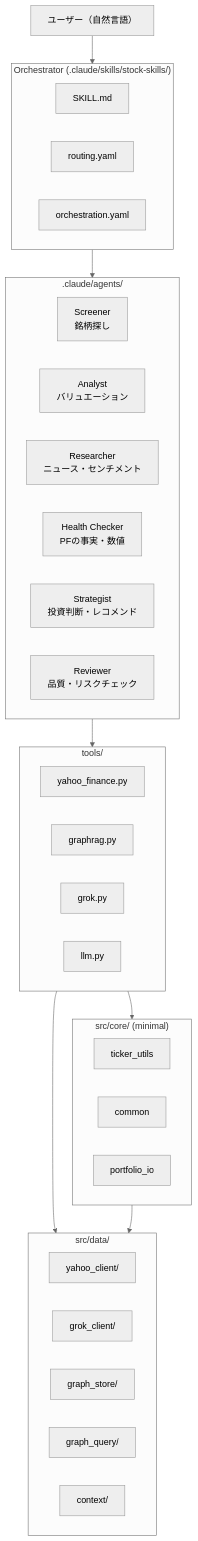
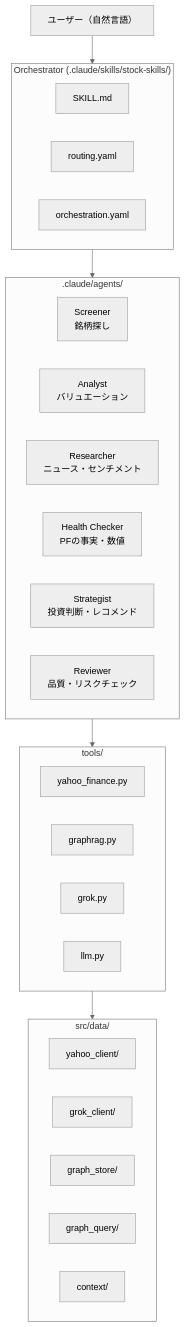
One commit to kiyotoab-bot/stock_skills_2 changed the diagram in docs/architecture.md. Above: the diagram before and after it, drawn with Mermaid (neutral theme). The commit also changed 15 other files, not shown here.

First line of the commit message:
Abolish src/core/ — move 3 files to src/data/, delete directory (KIK-667)

````diff
--- a/docs/architecture.md
+++ b/docs/architecture.md
@@ -14,47 +14,39 @@
 ```mermaid
 graph TD
     User["ユーザー（自然言語）"]
 
     subgraph Orchestrator["Orchestrator (.claude/skills/stock-skills/)"]
         SKILL["SKILL.md"]
         ROUTE["routing.yaml"]
         ORCH["orchestration.yaml"]
     end
 
     subgraph Agents[".claude/agents/"]
         SCR["Screener<br/>銘柄探し"]
         ANA["Analyst<br/>バリュエーション"]
         RES["Researcher<br/>ニュース・センチメント"]
         HC["Health Checker<br/>PFの事実・数値"]
         STR["Strategist<br/>投資判断・レコメンド"]
         REV["Reviewer<br/>品質・リスクチェック"]
     end
 
     subgraph Tools["tools/"]
         YF["yahoo_finance.py"]
         GR["graphrag.py"]
         GK["grok.py"]
         LLM["llm.py"]
     end
 
-    subgraph Core["src/core/ (minimal)"]
-        TU["ticker_utils"]
-        CM["common"]
-        PIO["portfolio_io"]
-    end
-
     subgraph Data["src/data/"]
         YC["yahoo_client/"]
         GC["grok_client/"]
         GS["graph_store/"]
         GQ["graph_query/"]
         CTX["context/"]
     end
 
     User --> Orchestrator
     Orchestrator --> Agents
     Agents --> Tools
-    Tools --> Core
     Tools --> Data
-    Core --> Data
 ```
````
